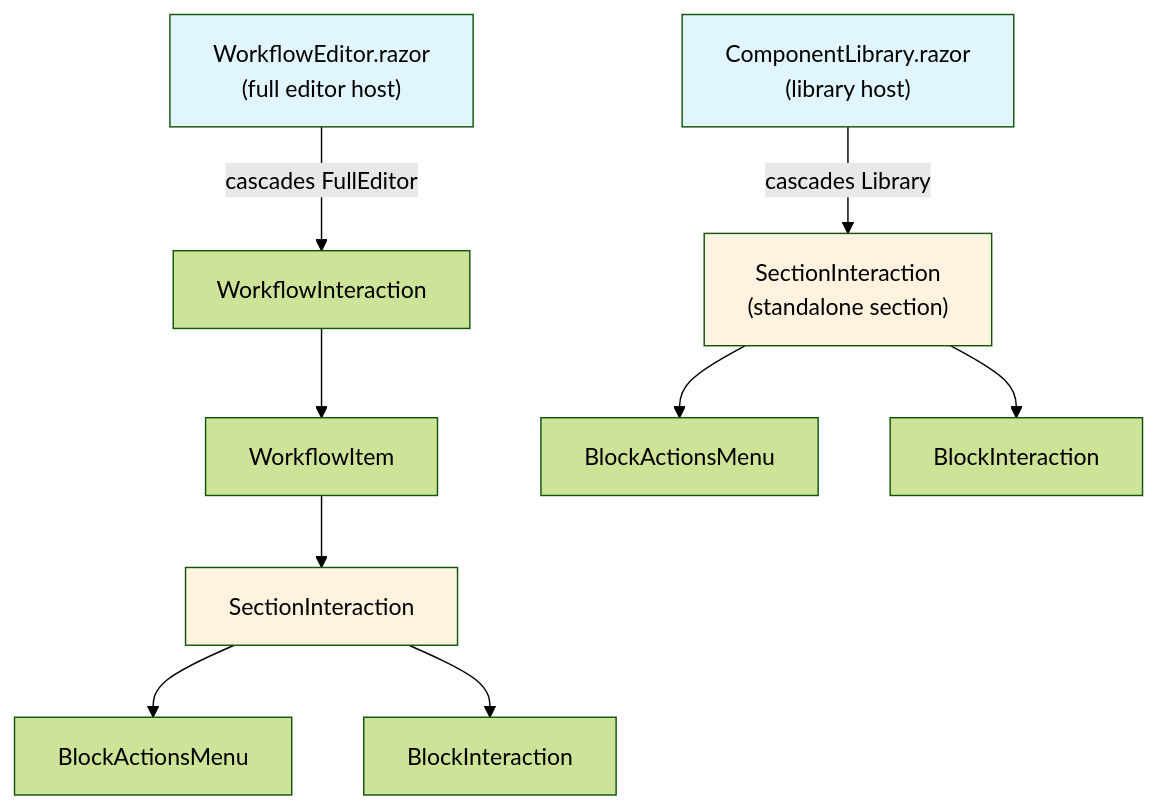
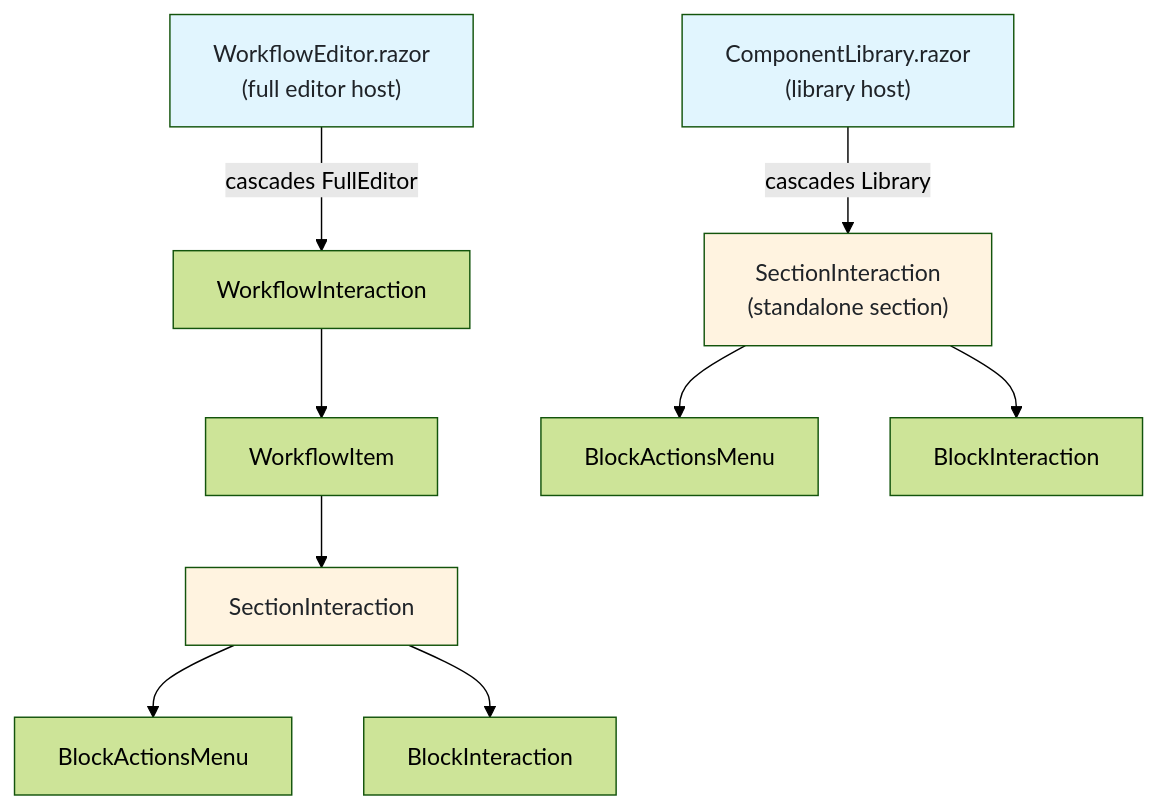
Before and after one commit to Inia-AI/inia: the diagram in docs/architecture/workflow-engine/editor-state-model.md, drawn with Mermaid (forest theme). The commit also changed 63 other files, not shown here.

````diff
--- a/docs/architecture/workflow-engine/editor-state-model.md
+++ b/docs/architecture/workflow-engine/editor-state-model.md
@@ -55,16 +55,16 @@
 ```mermaid
 graph TD
     WE["WorkflowEditor.razor<br/>(full editor host)"] -->|cascades FullEditor| WI[WorkflowInteraction]
     CL["ComponentLibrary.razor<br/>(library host)"] -->|cascades Library| SI2["SectionInteraction<br/>(standalone section)"]
     WI --> WItem[WorkflowItem]
     WItem --> SI1[SectionInteraction]
     SI1 --> BAM1[BlockActionsMenu]
     SI1 --> BI1[BlockInteraction]
     SI2 --> BAM2[BlockActionsMenu]
     SI2 --> BI2[BlockInteraction]
 
-    style WE fill:#e1f5fe
-    style CL fill:#e1f5fe
-    style SI1 fill:#fff3e0
-    style SI2 fill:#fff3e0
+    style WE fill:#e1f5fe,color:#1f2328
+    style CL fill:#e1f5fe,color:#1f2328
+    style SI1 fill:#fff3e0,color:#1f2328
+    style SI2 fill:#fff3e0,color:#1f2328
 ```
````
